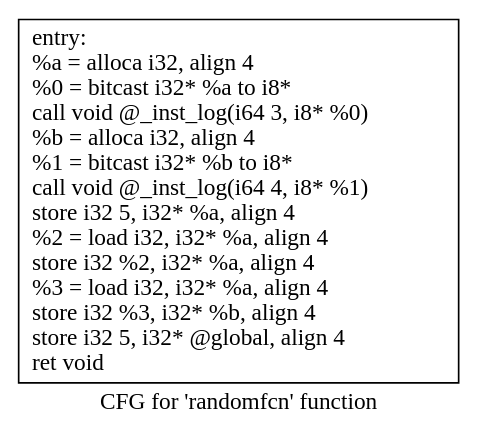
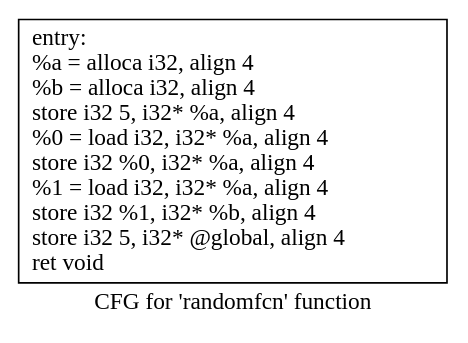
Before and after one commit to mattqemo/eecs583fp: the diagram in 583simple/.randomfcn.dot, drawn with Graphviz. The commit also changed 29 other files, not shown here.

```diff
--- a/583simple/.randomfcn.dot
+++ b/583simple/.randomfcn.dot
@@ -1,5 +1,5 @@
 digraph "CFG for 'randomfcn' function" {
 	label="CFG for 'randomfcn' function";
 
-	Node0x55dbbe2c1d10 [shape=record,label="{entry:\l  %a = alloca i32, align 4\l  %0 = bitcast i32* %a to i8*\l  call void @_inst_log(i64 3, i8* %0)\l  %b = alloca i32, align 4\l  %1 = bitcast i32* %b to i8*\l  call void @_inst_log(i64 4, i8* %1)\l  store i32 5, i32* %a, align 4\l  %2 = load i32, i32* %a, align 4\l  store i32 %2, i32* %a, align 4\l  %3 = load i32, i32* %a, align 4\l  store i32 %3, i32* %b, align 4\l  store i32 5, i32* @global, align 4\l  ret void\l}"];
+	Node0x5641cdaa5eb0 [shape=record,label="{entry:\l  %a = alloca i32, align 4\l  %b = alloca i32, align 4\l  store i32 5, i32* %a, align 4\l  %0 = load i32, i32* %a, align 4\l  store i32 %0, i32* %a, align 4\l  %1 = load i32, i32* %a, align 4\l  store i32 %1, i32* %b, align 4\l  store i32 5, i32* @global, align 4\l  ret void\l}"];
 }
```
